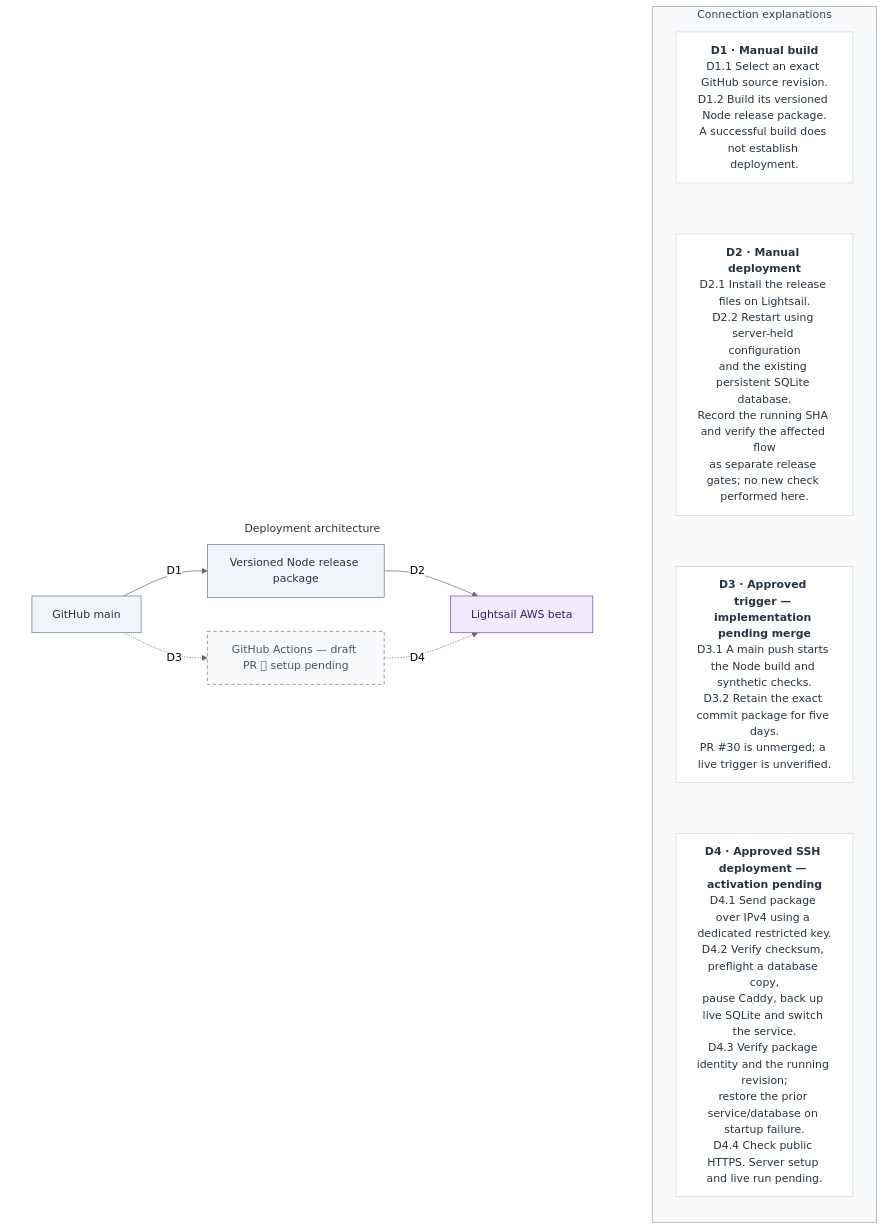
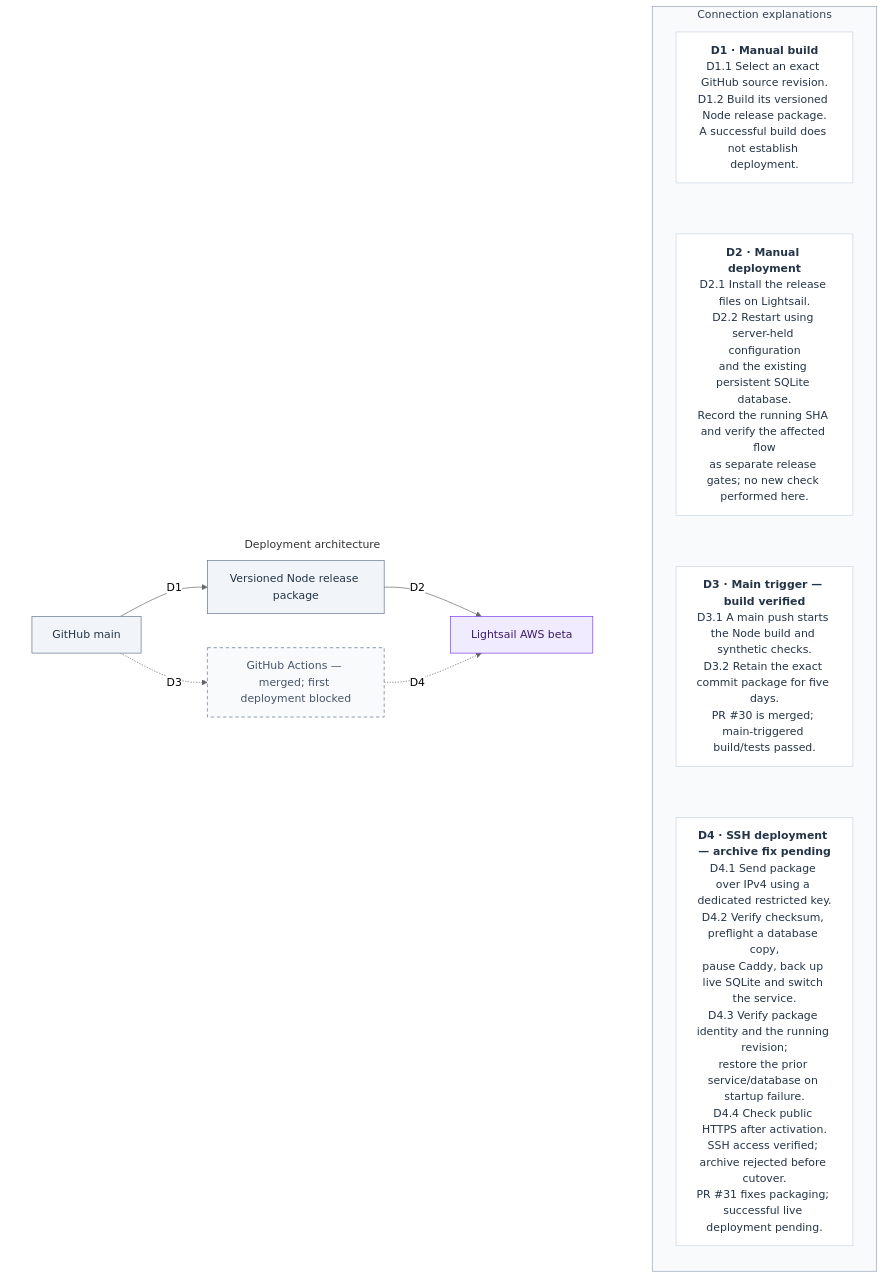
Before and after one commit to HewieTran/forrest-runs: the second of 2 diagrams in docs/architecture.md, drawn with Mermaid (neutral theme). The commit also changed other lines of this file, not shown here.

Commit message:
Record verified deployment access and archive blocker after pipeline merge

````diff
--- a/docs/architecture.md
+++ b/docs/architecture.md
@@ -220,57 +226,59 @@
 ```mermaid
 flowchart LR
     subgraph deploymentView["Deployment architecture"]
         direction LR
     source["GitHub main"]
     bundle["Versioned Node release package"]
     beta["Lightsail AWS beta"]
-    automation["GitHub Actions — draft PR #30; setup pending"]
+    automation["GitHub Actions — merged; first deployment blocked"]
 
     source -->|"D1"| bundle
     bundle -->|"D2"| beta
     source -.->|"D3"| automation
     automation -.->|"D4"| beta
 
     end
 
     subgraph deploymentGuide["Connection explanations"]
         direction TB
         noteD1["`**D1 · Manual build**
 D1.1 Select an exact GitHub source revision.
 D1.2 Build its versioned Node release package.
 A successful build does not establish deployment.`"]
         noteD2["`**D2 · Manual deployment**
 D2.1 Install the release files on Lightsail.
 D2.2 Restart using server-held configuration
 and the existing persistent SQLite database.
 Record the running SHA and verify the affected flow
 as separate release gates; no new check performed here.`"]
-        noteD3["`**D3 · Approved trigger — implementation pending merge**
+        noteD3["`**D3 · Main trigger — build verified**
 D3.1 A main push starts the Node build and synthetic checks.
 D3.2 Retain the exact commit package for five days.
-PR #30 is unmerged; a live trigger is unverified.`"]
-        noteD4["`**D4 · Approved SSH deployment — activation pending**
+PR #30 is merged; main-triggered build/tests passed.`"]
+        noteD4["`**D4 · SSH deployment — archive fix pending**
 D4.1 Send package over IPv4 using a dedicated restricted key.
 D4.2 Verify checksum, preflight a database copy,
 pause Caddy, back up live SQLite and switch the service.
 D4.3 Verify package identity and the running revision;
 restore the prior service/database on startup failure.
-D4.4 Check public HTTPS. Server setup and live run pending.`"]
+D4.4 Check public HTTPS after activation.
+SSH access verified; archive rejected before cutover.
+PR #31 fixes packaging; successful live deployment pending.`"]
         noteD1 ~~~ noteD2
         noteD2 ~~~ noteD3
         noteD3 ~~~ noteD4
     end
 
     deploymentView ~~~ deploymentGuide
 
     classDef delivery fill:#F1F5F9,stroke:#64748B,color:#243447
     classDef compute fill:#F1EBFF,stroke:#7C3AED,color:#3B1A66
     classDef proposed fill:#F8FAFC,stroke:#64748B,color:#475569,stroke-dasharray:5 4
     class source,bundle delivery
     class beta compute
     class automation proposed
     classDef explanation fill:#FFFFFF,stroke:#CBD5E1,color:#243447
     class noteD1,noteD2,noteD3,noteD4 explanation
     style deploymentView fill:transparent,stroke:transparent
     style deploymentGuide fill:#F8FAFC,stroke:#94A3B8,color:#334155
 ```
````
